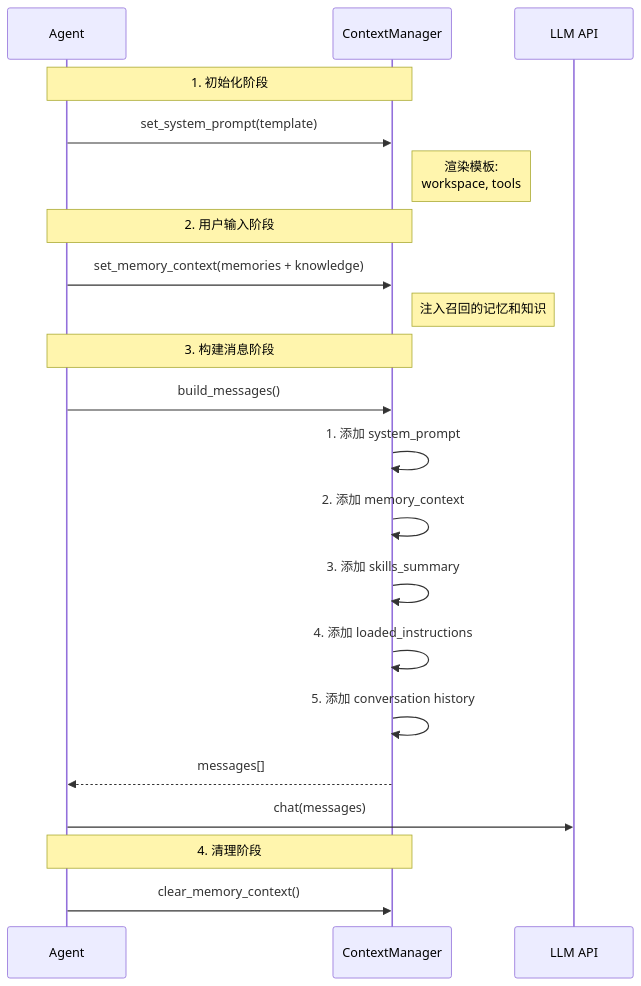
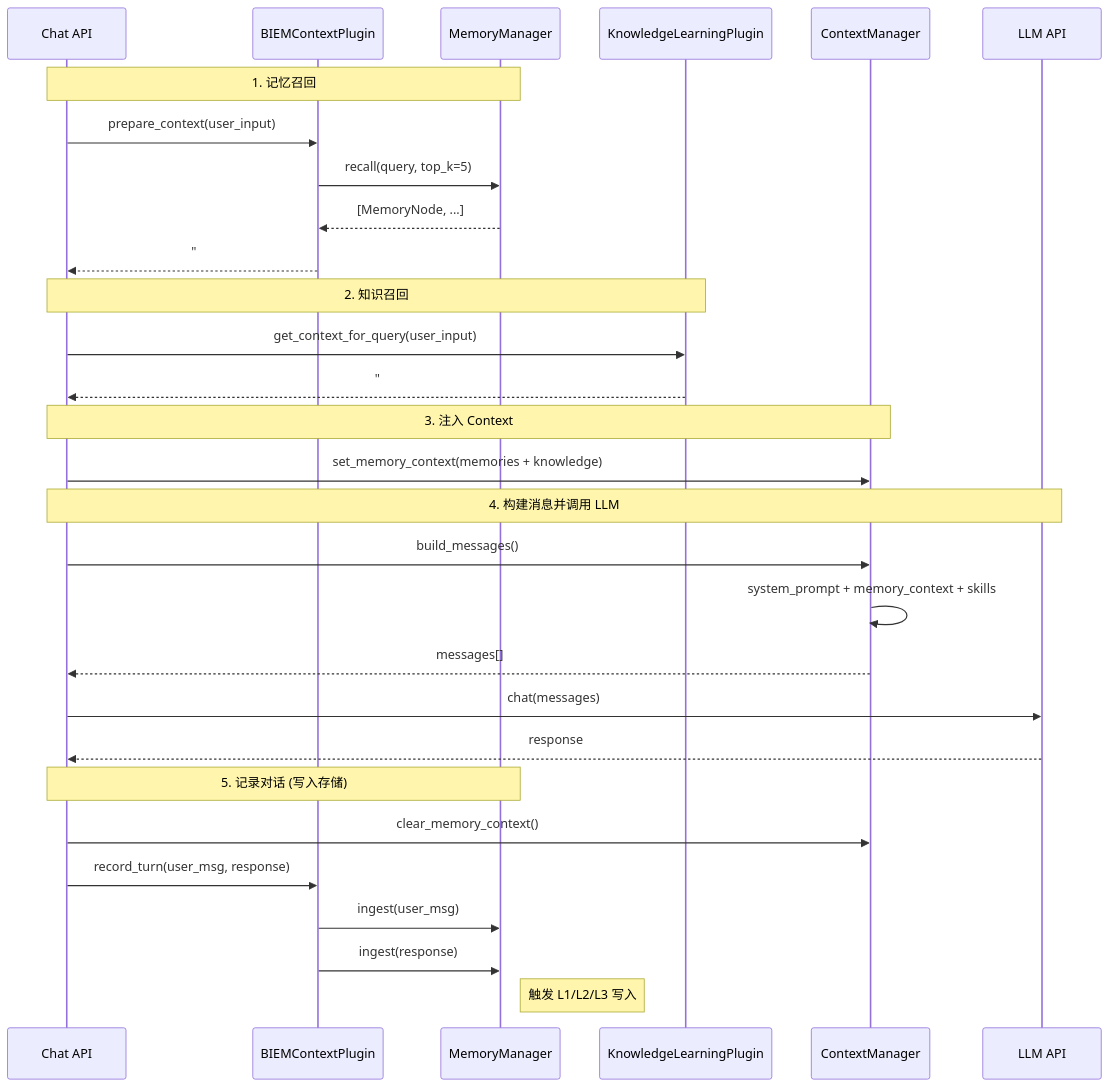
Diagram 13 of 19 in docs/memory_system.md (Zeppelinpp/OmniEmployee), drawn with Mermaid before and after one commit. The commit also changed other lines of this file and 2 other files, not shown here.

````diff
--- a/docs/memory_system.md
+++ b/docs/memory_system.md
@@ -498,23 +709,36 @@
 ```mermaid
 sequenceDiagram
-  participant Agent as Agent
+  participant Chat as Chat API
+  participant Plugin as BIEMContextPlugin
+  participant MM as MemoryManager
+  participant KPlugin as KnowledgeLearningPlugin
   participant CM as ContextManager
   participant LLM as LLM API
-  Note over Agent,CM: 1. 初始化阶段
-  Agent->>CM: set_system_prompt(template)
-  Note right of CM: 渲染模板:<br/>workspace, tools
-  Note over Agent,CM: 2. 用户输入阶段
-  Agent->>CM: set_memory_context(memories + knowledge)
-  Note right of CM: 注入召回的记忆和知识
-  Note over Agent,CM: 3. 构建消息阶段
-  Agent->>CM: build_messages()
-  CM->>CM: 1. 添加 system_prompt
-  CM->>CM: 2. 添加 memory_context
-  CM->>CM: 3. 添加 skills_summary
-  CM->>CM: 4. 添加 loaded_instructions
-  CM->>CM: 5. 添加 conversation history
-  CM-->>Agent: messages[]
-  Agent->>LLM: chat(messages)
-  Note over Agent,CM: 4. 清理阶段
-  Agent->>CM: clear_memory_context()
+
+  Note over Chat,MM: 1. 记忆召回
+  Chat->>Plugin: prepare_context(user_input)
+  Plugin->>MM: recall(query, top_k=5)
+  MM-->>Plugin: [MemoryNode, ...]
+  Plugin-->>Chat: "## Relevant Memories\n..."
+
+  Note over Chat,KPlugin: 2. 知识召回
+  Chat->>KPlugin: get_context_for_query(user_input)
+  KPlugin-->>Chat: "## Learned Knowledge\n..."
+
+  Note over Chat,CM: 3. 注入 Context
+  Chat->>CM: set_memory_context(memories + knowledge)
+
+  Note over Chat,LLM: 4. 构建消息并调用 LLM
+  Chat->>CM: build_messages()
+  CM->>CM: system_prompt + memory_context + skills
+  CM-->>Chat: messages[]
+  Chat->>LLM: chat(messages)
+  LLM-->>Chat: response
+
+  Note over Chat,MM: 5. 记录对话 (写入存储)
+  Chat->>CM: clear_memory_context()
+  Chat->>Plugin: record_turn(user_msg, response)
+  Plugin->>MM: ingest(user_msg)
+  Plugin->>MM: ingest(response)
+  Note right of MM: 触发 L1/L2/L3 写入
 ```
````
